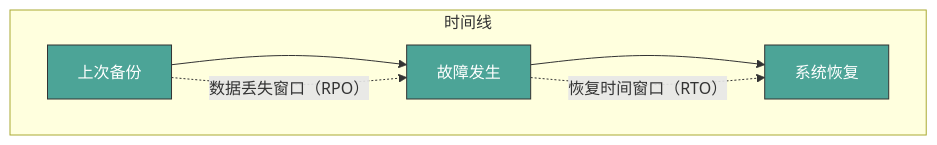
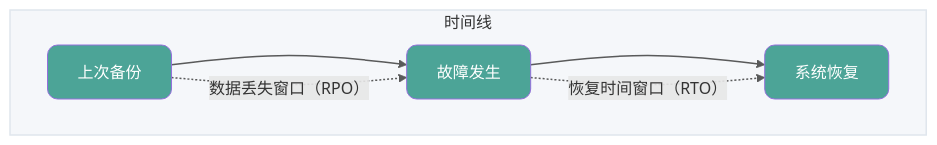
Before and after one commit to Snailclimb/JavaGuide: the first of 2 diagrams in docs/high-availability/redundancy.md, drawn with Mermaid. The commit also changed other lines of this file and 7 other files, not shown here.

Commit message:
docs：mermaid 配图样式优化

````diff
--- a/docs/high-availability/redundancy.md
+++ b/docs/high-availability/redundancy.md
@@ -36,15 +36,18 @@
 ```mermaid
 flowchart TB
   subgraph Timeline["时间线"]
     direction LR
     A["上次备份"] --> B["故障发生"] --> C["系统恢复"]
   end
   A -.->|"数据丢失窗口（RPO）"| B
   B -.->|"恢复时间窗口（RTO）"| C
 
-  classDef core fill:#4CA497,stroke:#333,color:#fff
-  classDef highlight fill:#E99151,stroke:#333,color:#fff
+  classDef core fill:#4CA497,color:#fff,rx:10,ry:10
+  classDef highlight fill:#E99151,color:#fff,rx:10,ry:10
 
   class A,B,C core
-  class D,E highlight
+
+  style Timeline fill:#F5F7FA,stroke:#E0E6ED,stroke-width:1.5px
+
+  linkStyle default stroke-width:1.5px,opacity:0.8
 ```
````
